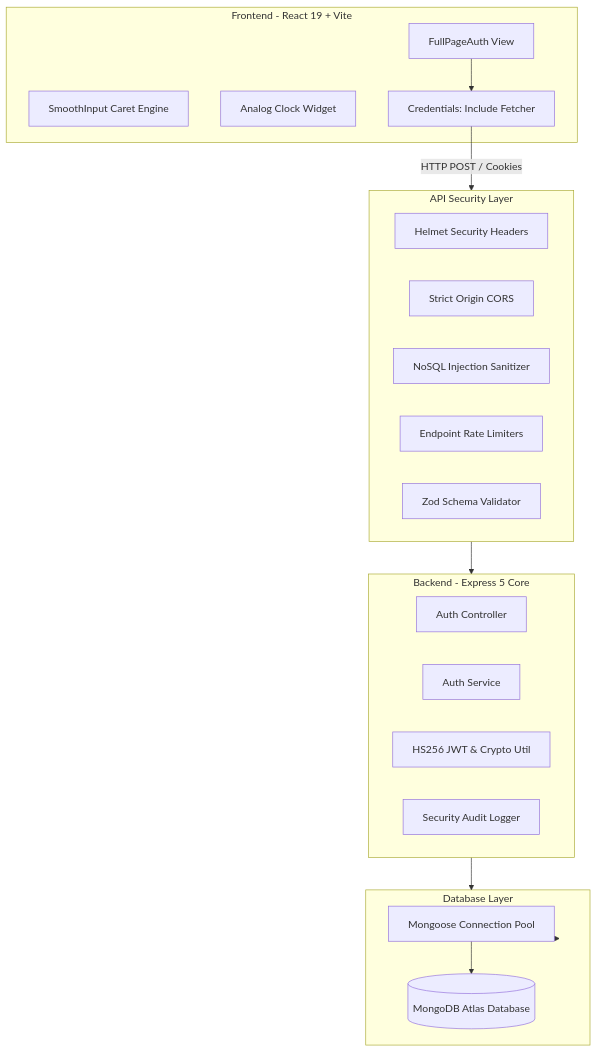
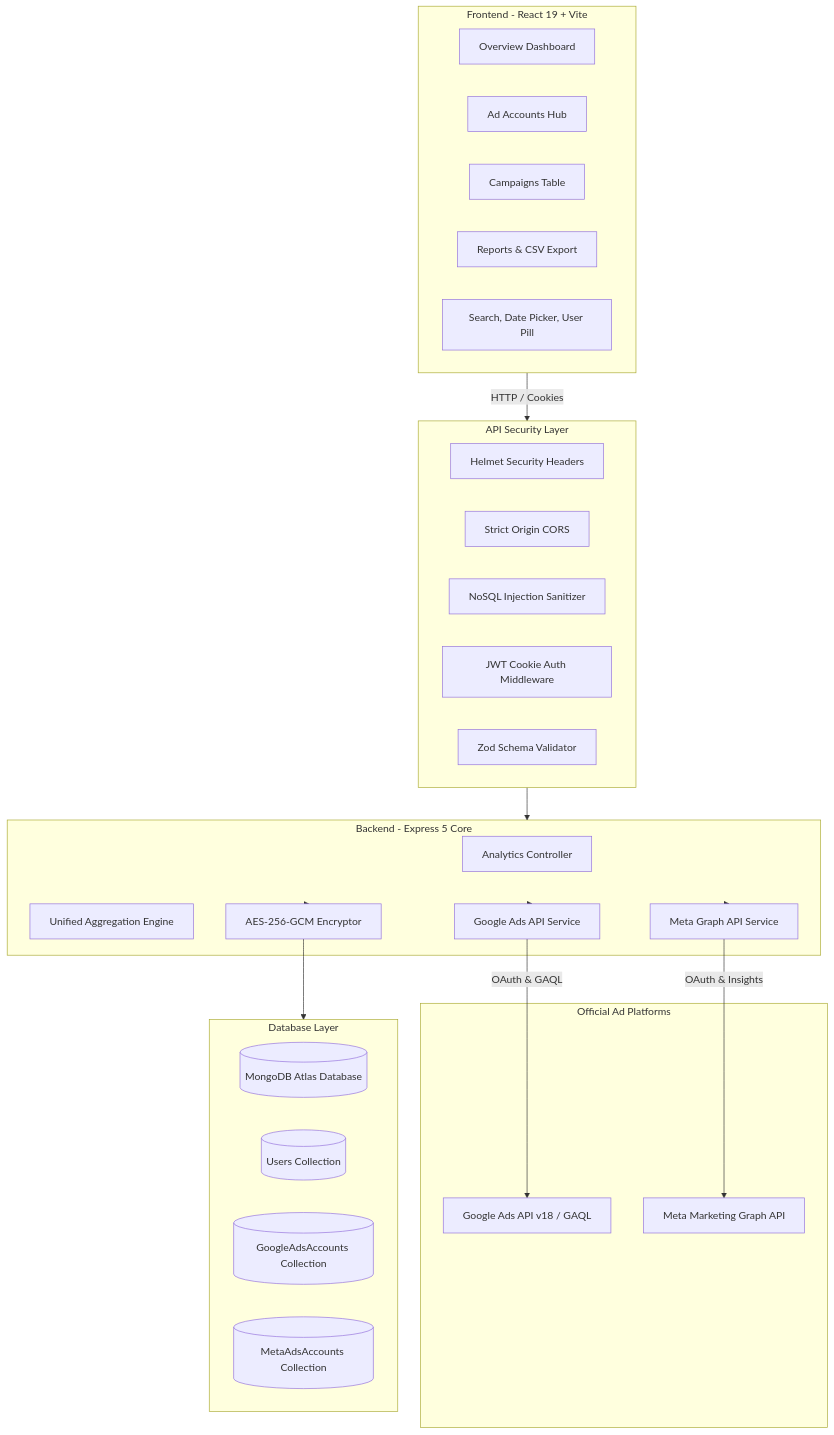
The diagram in README.md (indrajitpadhiyar/ADOS), drawn with Mermaid before and after one commit. The commit also changed other lines of this file, not shown here.

Commit message:
docs: update README.md with ADOS advertising analytics architecture and API reference

````diff
--- a/README.md
+++ b/README.md
@@ -73,36 +70,47 @@
 ```mermaid
 graph TD
     subgraph Client [Frontend - React 19 + Vite]
-        UI[FullPageAuth View]
-        SI[SmoothInput Caret Engine]
-        CW[Analog Clock Widget]
-        Fetch[Credentials: Include Fetcher]
+        UI[Overview Dashboard]
+        AdHub[Ad Accounts Hub]
+        CampTbl[Campaigns Table]
+        RepView[Reports & CSV Export]
+        Layout[Search, Date Picker, User Pill]
     end
 
     subgraph Security_Gate [API Security Layer]
         Helmet[Helmet Security Headers]
         CORS[Strict Origin CORS]
         Sanitize[NoSQL Injection Sanitizer]
-        RL[Endpoint Rate Limiters]
+        AuthMW[JWT Cookie Auth Middleware]
         Zod[Zod Schema Validator]
     end
 
     subgraph App_Core [Backend - Express 5 Core]
-        AuthCtrl[Auth Controller]
-        AuthSvc[Auth Service]
-        TokenUtil[HS256 JWT & Crypto Util]
-        SecLog[Security Audit Logger]
+        AnalyticsCtrl[Analytics Controller]
+        AnalyticsSvc[Unified Aggregation Engine]
+        GoogleAdsSvc[Google Ads API Service]
+        MetaAdsSvc[Meta Graph API Service]
+        CryptoUtil[AES-256-GCM Encryptor]
+    end
+
+    subgraph Providers [Official Ad Platforms]
+        GoogleAPI[Google Ads API v18 / GAQL]
+        MetaAPI[Meta Marketing Graph API]
     end
 
     subgraph Persistence [Database Layer]
-        Mongoose[Mongoose Connection Pool]
         MongoAtlas[(MongoDB Atlas Database)]
+        UserColl[(Users Collection)]
+        GoogleColl[(GoogleAdsAccounts Collection)]
+        MetaColl[(MetaAdsAccounts Collection)]
     end
 
-    UI --> Fetch
-    Fetch -->|HTTP POST / Cookies| Security_Gate
+    Client -->|HTTP / Cookies| Security_Gate
     Security_Gate --> App_Core
-    App_Core --> Persistence
-    Persistence --> Mongoose
-    Mongoose --> MongoAtlas
+    App_Core --> GoogleAdsSvc
+    App_Core --> MetaAdsSvc
+    GoogleAdsSvc -->|OAuth & GAQL| GoogleAPI
+    MetaAdsSvc -->|OAuth & Insights| MetaAPI
+    App_Core --> CryptoUtil
+    CryptoUtil --> Persistence
 ```
````
